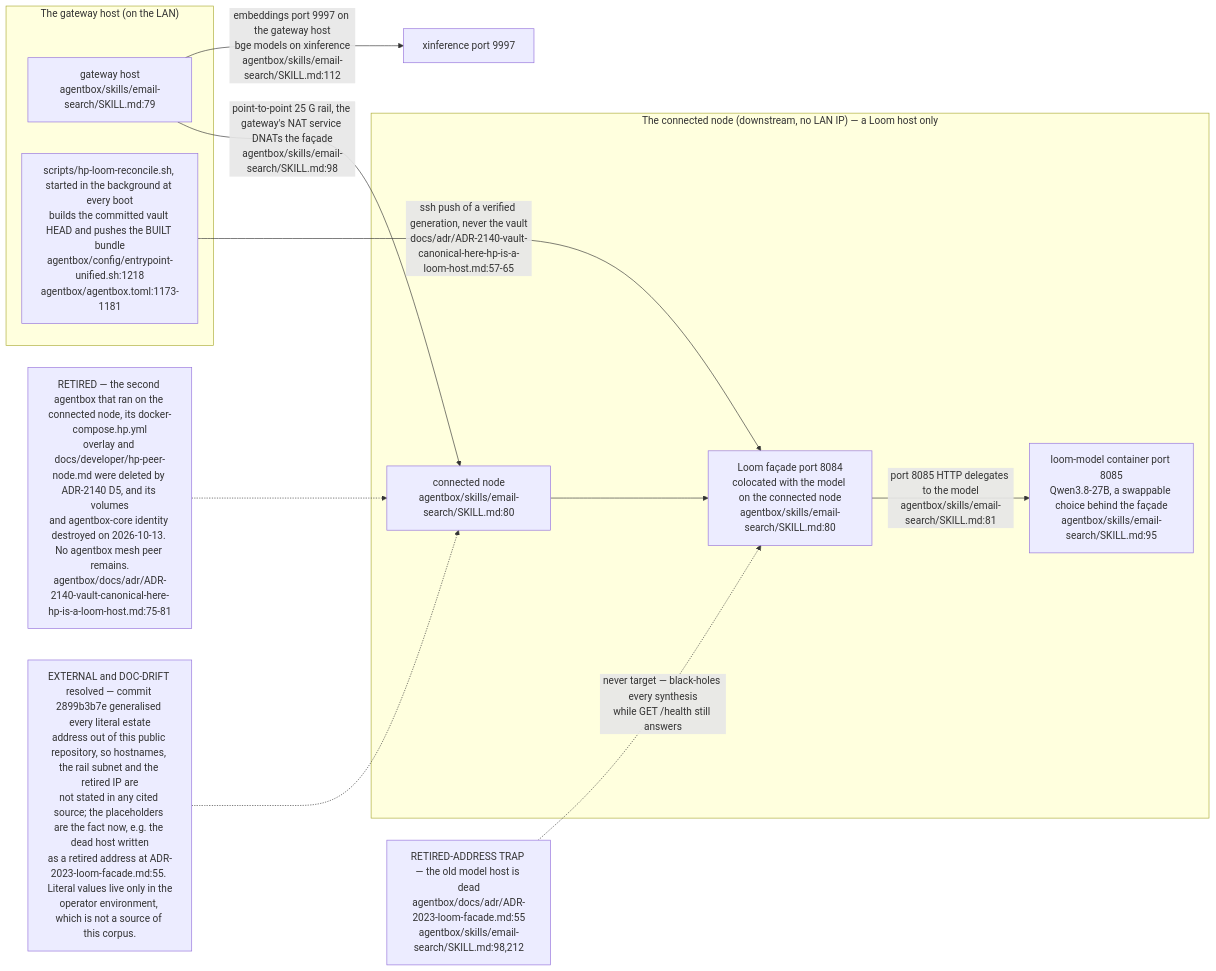
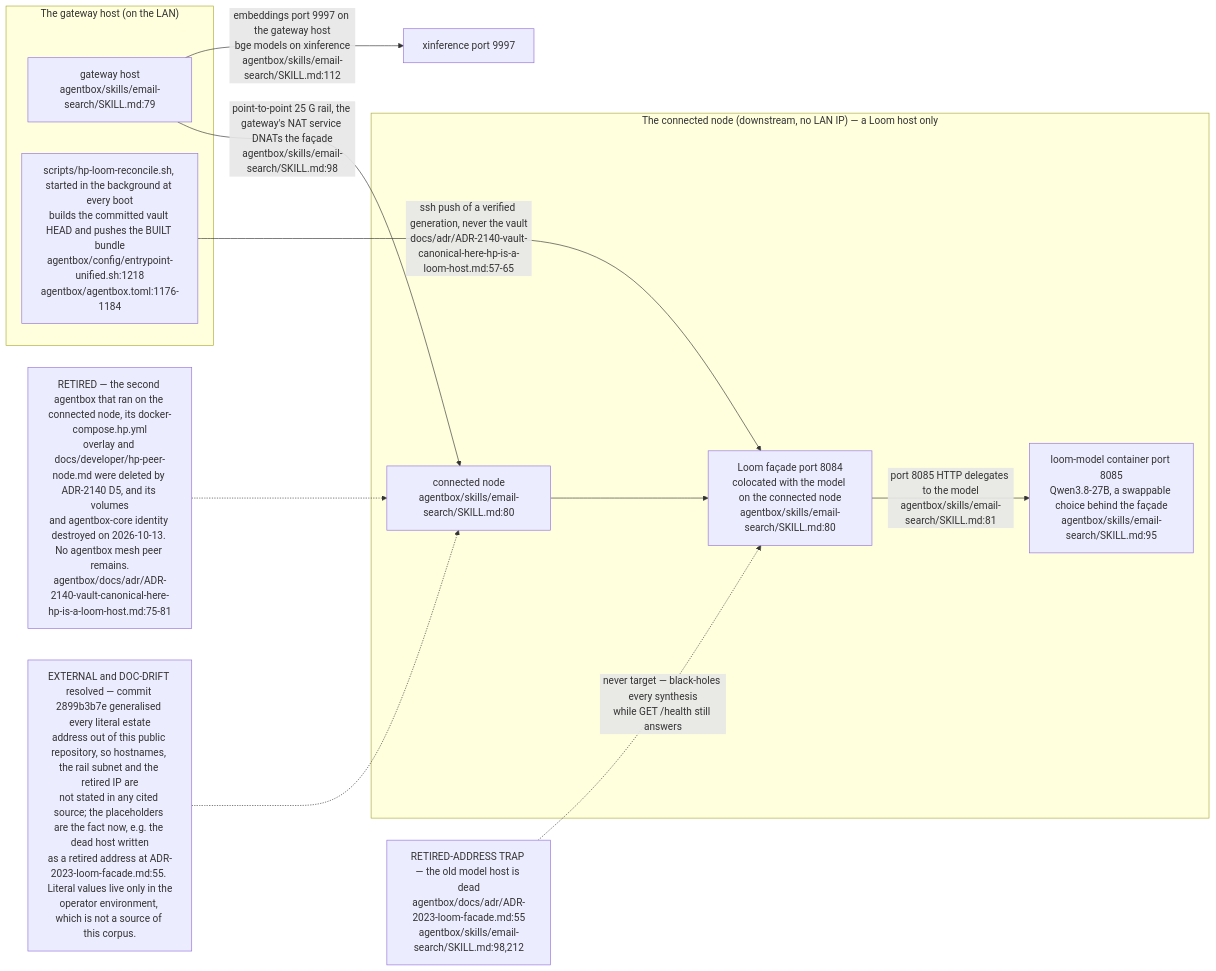
Before and after one commit to DreamLab-AI/VisionFlow: the second of 8 diagrams in docs/diagrams/estate/01-estate-topology.md, drawn with Mermaid. The commit also changed other lines of this file and 142 other files, not shown here.

First line of the commit message:
docs(diagrams): one System One route; re-verify 140 topics at today's heads

````diff
--- a/docs/diagrams/estate/01-estate-topology.md
+++ b/docs/diagrams/estate/01-estate-topology.md
@@ -100,26 +100,26 @@
 ```mermaid
 flowchart LR
     subgraph ML["The gateway host (on the LAN)"]
         MLHOST["gateway host<br/>agentbox/skills/email-search/SKILL.md:79"]
-        RECON["scripts/hp-loom-reconcile.sh, started in the background at every boot<br/>builds the committed vault HEAD and pushes the BUILT bundle<br/>agentbox/config/entrypoint-unified.sh:1218<br/>agentbox/agentbox.toml:1173-1181"]
+        RECON["scripts/hp-loom-reconcile.sh, started in the background at every boot<br/>builds the committed vault HEAD and pushes the BUILT bundle<br/>agentbox/config/entrypoint-unified.sh:1218<br/>agentbox/agentbox.toml:1176-1184"]
     end
     subgraph HP["The connected node (downstream, no LAN IP) — a Loom host only"]
         HPHOST["connected node<br/>agentbox/skills/email-search/SKILL.md:80"]
         LOOMFACADE["Loom façade port 8084<br/>colocated with the model on the connected node<br/>agentbox/skills/email-search/SKILL.md:80"]
         LOOMMODEL["loom-model container port 8085<br/>Qwen3.8-27B, a swappable choice behind the façade<br/>agentbox/skills/email-search/SKILL.md:95"]
     end
     MLHOST -->|"point-to-point 25 G rail, the gateway's NAT service DNATs the façade<br/>agentbox/skills/email-search/SKILL.md:98"| HPHOST
     HPHOST --> LOOMFACADE
     LOOMFACADE -->|"port 8085 HTTP delegates to the model<br/>agentbox/skills/email-search/SKILL.md:81"| LOOMMODEL
     MLHOST -->|"embeddings port 9997 on the gateway host<br/>bge models on xinference<br/>agentbox/skills/email-search/SKILL.md:112"| XINF["xinference port 9997"]
     RECON -->|"ssh push of a verified generation, never the vault<br/>docs/adr/ADR-2140-vault-canonical-here-hp-is-a-loom-host.md:57-65"| LOOMFACADE
 
     DEAD["RETIRED-ADDRESS TRAP — the old model host is dead<br/>agentbox/docs/adr/ADR-2023-loom-facade.md:55<br/>agentbox/skills/email-search/SKILL.md:98,212"]
     DEAD -.->|"never target — black-holes every synthesis<br/>while GET /health still answers"| LOOMFACADE
 
     GONE["RETIRED — the second agentbox that ran on the connected node, its docker-compose.hp.yml<br/>overlay and docs/developer/hp-peer-node.md were deleted by ADR-2140 D5, and its volumes<br/>and agentbox-core identity destroyed on 2026-10-13. No agentbox mesh peer remains.<br/>agentbox/docs/adr/ADR-2140-vault-canonical-here-hp-is-a-loom-host.md:75-81"]
     GONE -.-> HPHOST
 
     GEN["EXTERNAL and DOC-DRIFT resolved — commit 2899b3b7e generalised every literal estate<br/>address out of this public repository, so hostnames, the rail subnet and the retired IP are<br/>not stated in any cited source; the placeholders are the fact now, e.g. the dead host written<br/>as a retired address at ADR-2023-loom-facade.md:55. Literal values live only in the<br/>operator environment, which is not a source of this corpus."]
     GEN -.-> HPHOST
 ```
````
